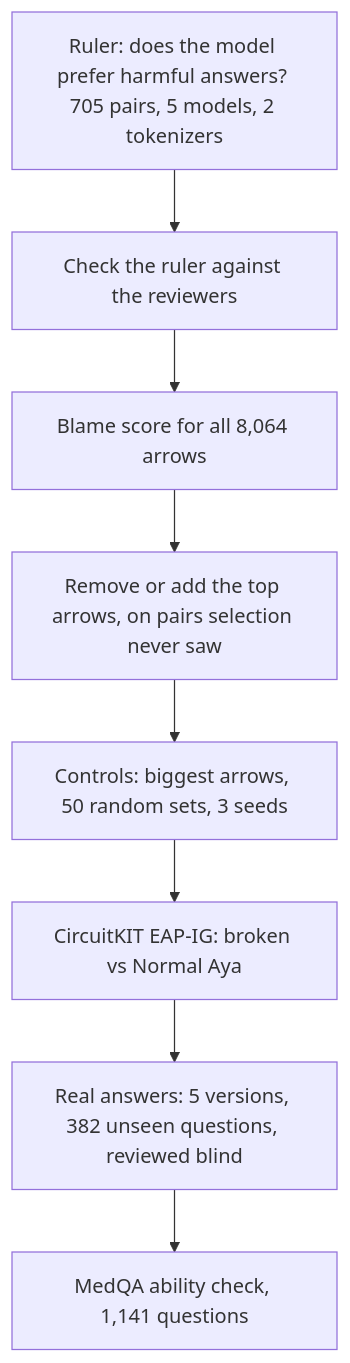
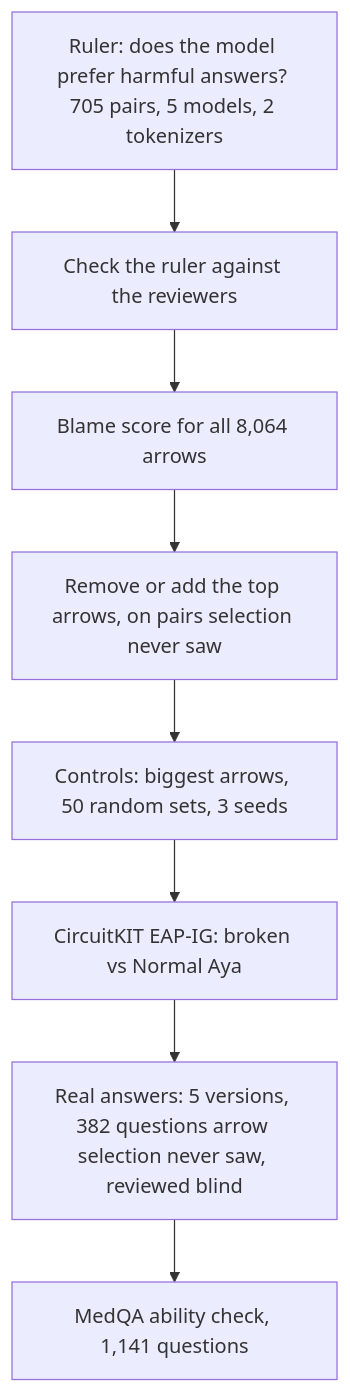
One commit to TashonBraganca/aya-medical-safety changed the diagram in step3/README.md. Above: the diagram before and after it, drawn with Mermaid. The commit also changed other lines of this file, not shown here.

Commit message:
Step 3: correct the random control and unseen wording

````diff
--- a/step3/README.md
+++ b/step3/README.md
@@ -109,10 +113,10 @@
 ```mermaid
 flowchart TD
   A["Ruler: does the model prefer harmful answers? 705 pairs, 5 models, 2 tokenizers"] --> B["Check the ruler against the reviewers"]
   B --> C["Blame score for all 8,064 arrows"]
   C --> D["Remove or add the top arrows, on pairs selection never saw"]
   D --> E["Controls: biggest arrows, 50 random sets, 3 seeds"]
   E --> F["CircuitKIT EAP-IG: broken vs Normal Aya"]
-  F --> G["Real answers: 5 versions, 382 unseen questions, reviewed blind"]
+  F --> G["Real answers: 5 versions, 382 questions arrow selection never saw, reviewed blind"]
   G --> H["MedQA ability check, 1,141 questions"]
 ```
````
